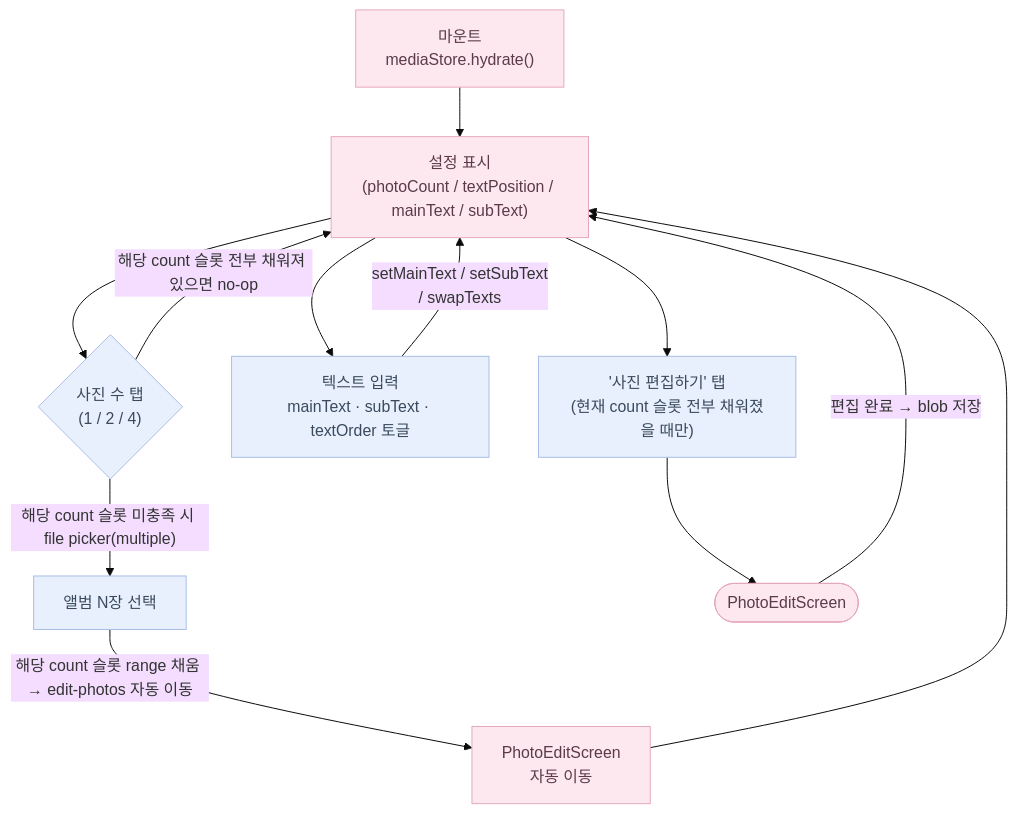
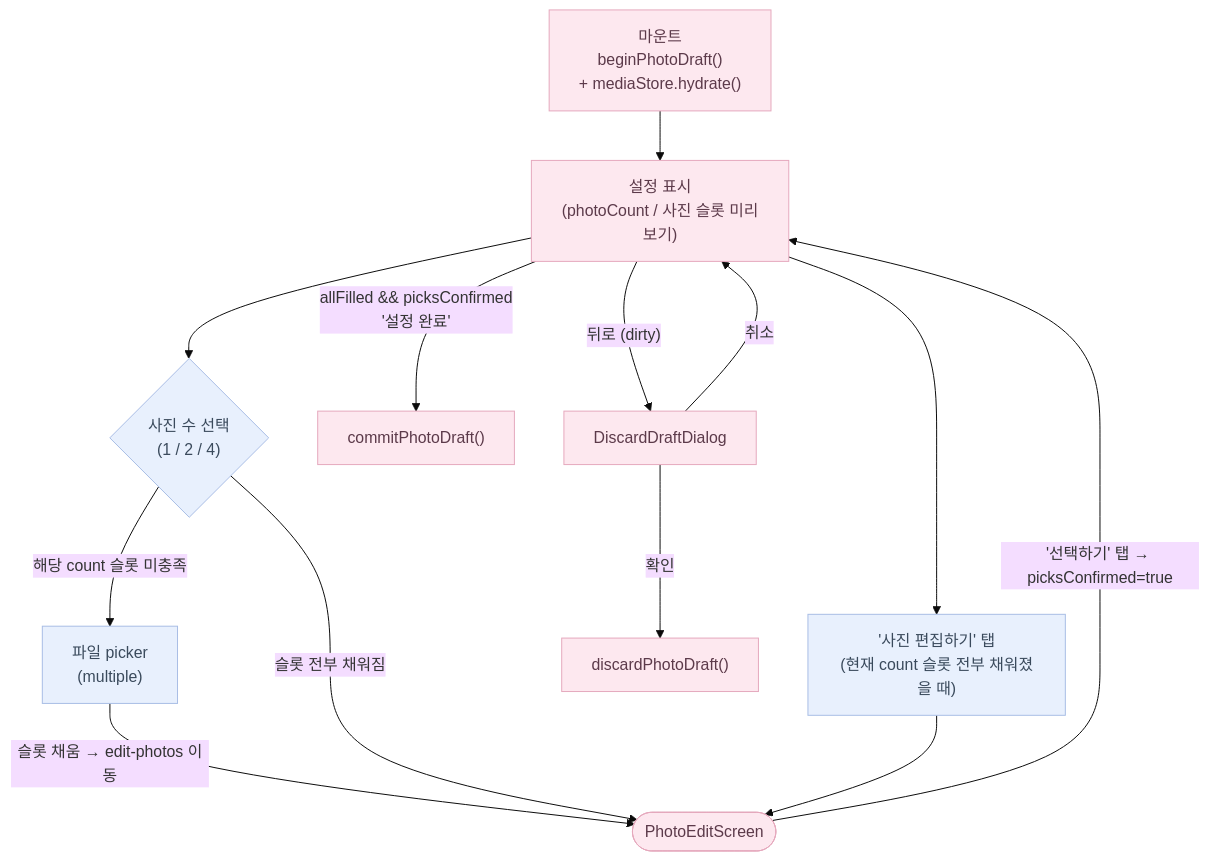
Before and after one commit to soojjung/dwee-wellness-tracker: the third of 6 diagrams in docs/flows/customize.md, drawn with Mermaid (base theme). The commit also changed other lines of this file and 33 other files, not shown here.

First line of the commit message:
refactor(home): customize flow — draft mode + non-destructive crop + removal UX (#29)

````diff
--- a/docs/flows/customize.md
+++ b/docs/flows/customize.md
@@ -35,20 +62,22 @@
 ```mermaid
 flowchart TD
-    Mount["마운트\nmediaStore.hydrate()"] --> Show["설정 표시\n(photoCount / textPosition / mainText / subText)"]
-    Show --> EditCount{"사진 수 탭\n(1 / 2 / 4)"}
-    Show --> EditText["텍스트 입력\nmainText · subText · textOrder 토글"]
-    Show --> TapSlot["'사진 편집하기' 탭\n(현재 count 슬롯 전부 채워졌을 때만)"]
+    Mount["마운트\nbeginPhotoDraft()\n+ mediaStore.hydrate()"] --> Show["설정 표시\n(photoCount / 사진 슬롯 미리보기)"]
+    Show --> EditCount{"사진 수 선택\n(1 / 2 / 4)"}
+    Show --> TapEdit["'사진 편집하기' 탭\n(현재 count 슬롯 전부 채워졌을 때)"]
 
-    EditCount -->|"해당 count 슬롯 미충족 시 file picker(multiple)"| Pick["앨범 N장 선택"]
-    Pick -->|"해당 count 슬롯 range 채움 → edit-photos 자동 이동"| Redirect["PhotoEditScreen\n자동 이동"]
-    EditCount -->|"해당 count 슬롯 전부 채워져 있으면 no-op"| Show
-    EditText -->|"setMainText / setSubText\n/ swapTexts"| Show
-    TapSlot --> EditPhotos([PhotoEditScreen])
-    Redirect --> Show
-    EditPhotos -->|"편집 완료 → blob 저장"| Show
+    EditCount -->|"해당 count 슬롯 미충족"| Pick["파일 picker\n(multiple)"]
+    Pick -->|"슬롯 채움 → edit-photos 이동"| EditPhotos([PhotoEditScreen])
+    EditCount -->|"슬롯 전부 채워짐"| EditPhotos
+    TapEdit --> EditPhotos
+    EditPhotos -->|"'선택하기' 탭 → picksConfirmed=true"| Show
+
+    Show -->|"allFilled && picksConfirmed\n'설정 완료'"| Commit["commitPhotoDraft()"]
+    Show -->|"뒤로 (dirty)"| Dialog["DiscardDraftDialog"]
+    Dialog -->|"확인"| Discard["discardPhotoDraft()"]
+    Dialog -->|"취소"| Show
 
     classDef ui fill:#FDE8EF,stroke:#E5A8BD,color:#5C3A4A;
     classDef logic fill:#E8F0FD,stroke:#A8BDE5,color:#3A4A5C;
-    class Mount,Show,EditPhotos,Redirect ui;
-    class EditCount,EditText,TapSlot,Pick logic;
+    class Mount,Show,EditPhotos,Commit,Discard,Dialog ui;
+    class EditCount,TapEdit,Pick logic;
 ```
````
